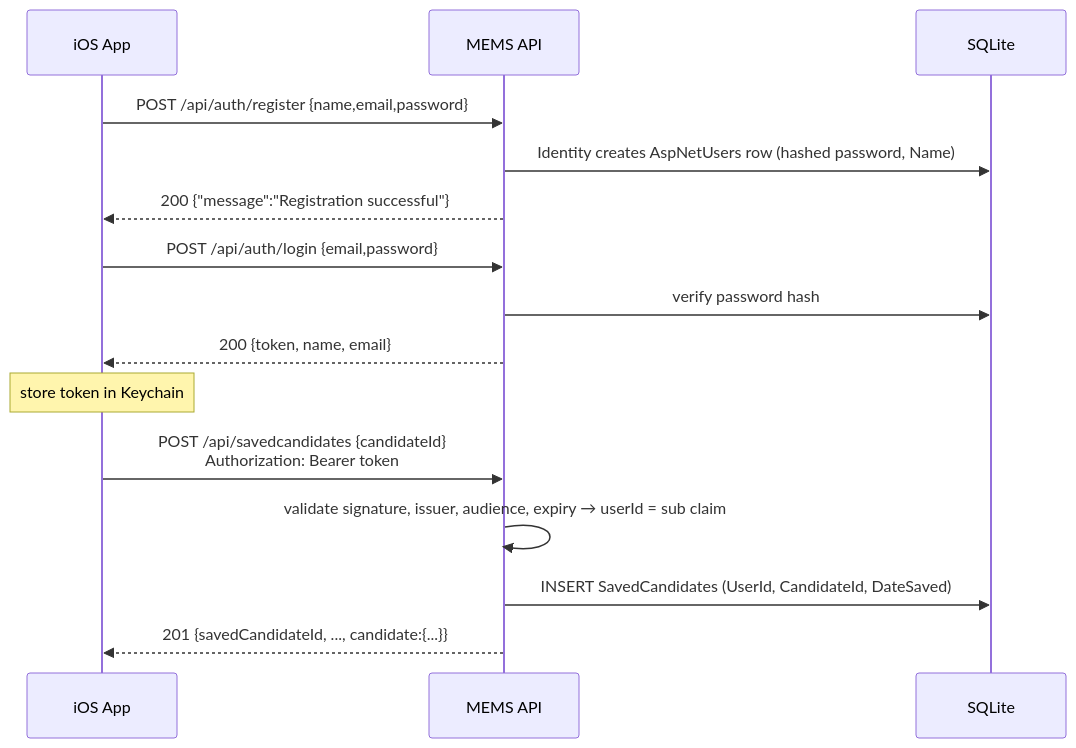
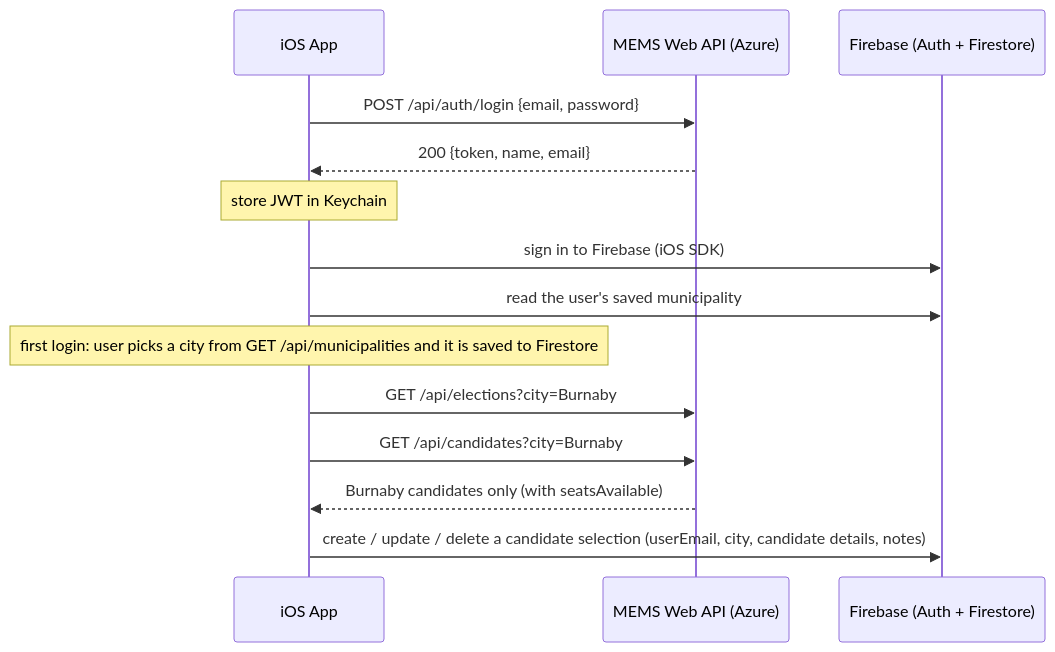
One commit to AlexanderFisher-tech/MEMS-Assignment-1-main changed the second of 3 diagrams in README.md. Above: the diagram before and after it, drawn with Mermaid. The commit also changed other lines of this file and 17 other files, not shown here.

````diff
--- a/README.md
+++ b/README.md
@@ -93,17 +104,16 @@
 ```mermaid
 sequenceDiagram
     participant App as iOS App
-    participant API as MEMS API
-    participant DB as SQLite
-    App->>API: POST /api/auth/register {name,email,password}
-    API->>DB: Identity creates AspNetUsers row (hashed password, Name)
-    API-->>App: 200 {"message":"Registration successful"}
-    App->>API: POST /api/auth/login {email,password}
-    API->>DB: verify password hash
+    participant API as MEMS Web API (Azure)
+    participant FB as Firebase (Auth + Firestore)
+    App->>API: POST /api/auth/login {email, password}
     API-->>App: 200 {token, name, email}
-    Note over App: store token in Keychain
-    App->>API: POST /api/savedcandidates {candidateId}<br/>Authorization: Bearer token
-    API->>API: validate signature, issuer, audience, expiry → userId = sub claim
-    API->>DB: INSERT SavedCandidates (UserId, CandidateId, DateSaved)
-    API-->>App: 201 {savedCandidateId, ..., candidate:{...}}
+    Note over App: store JWT in Keychain
+    App->>FB: sign in to Firebase (iOS SDK)
+    App->>FB: read the user's saved municipality
+    Note over App: first login: user picks a city from GET /api/municipalities and it is saved to Firestore
+    App->>API: GET /api/elections?city=Burnaby
+    App->>API: GET /api/candidates?city=Burnaby
+    API-->>App: Burnaby candidates only (with seatsAvailable)
+    App->>FB: create / update / delete a candidate selection (userEmail, city, candidate details, notes)
 ```
````
